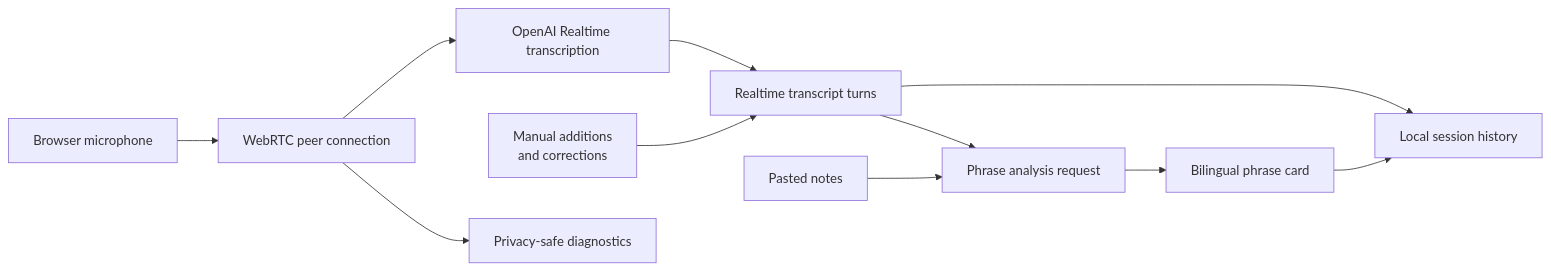
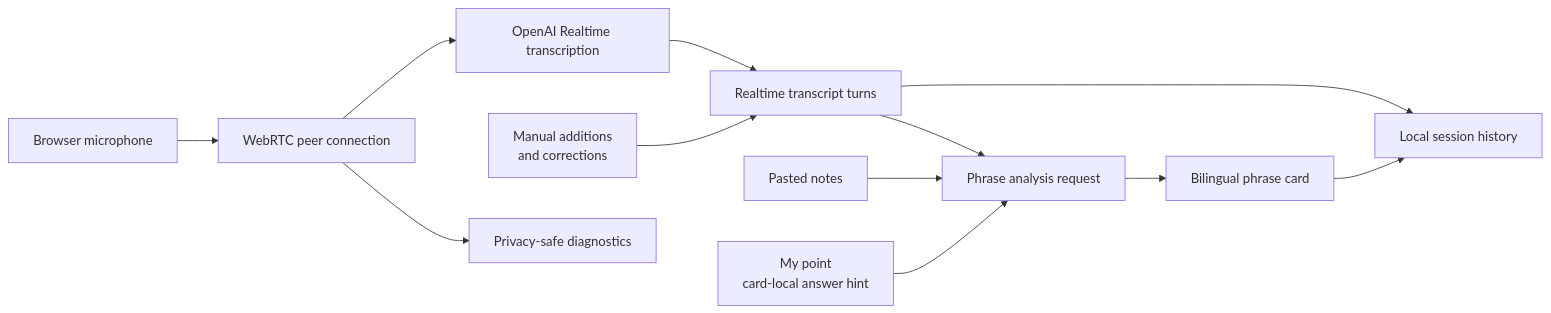
The diagram in docs/architecture.md (filimo/EchoGuide.ai), drawn with Mermaid before and after one commit. The commit also changed other lines of this file and 14 other files, not shown here.

First line of the commit message:
Add card-local answer hints

````diff
--- a/docs/architecture.md
+++ b/docs/architecture.md
@@ -7,13 +7,14 @@
 ```mermaid
 flowchart LR
     M["Browser microphone"] --> W["WebRTC peer connection"]
     W --> R["OpenAI Realtime transcription"]
     R --> T["Realtime transcript turns"]
     U["Manual additions<br/>and corrections"] --> T
     T --> A["Phrase analysis request"]
     K["Pasted notes"] --> A
+    P["My point<br/>card-local answer hint"] --> A
     A --> C["Bilingual phrase card"]
     T --> H["Local session history"]
     C --> H
     W --> D["Privacy-safe diagnostics"]
 ```
````
